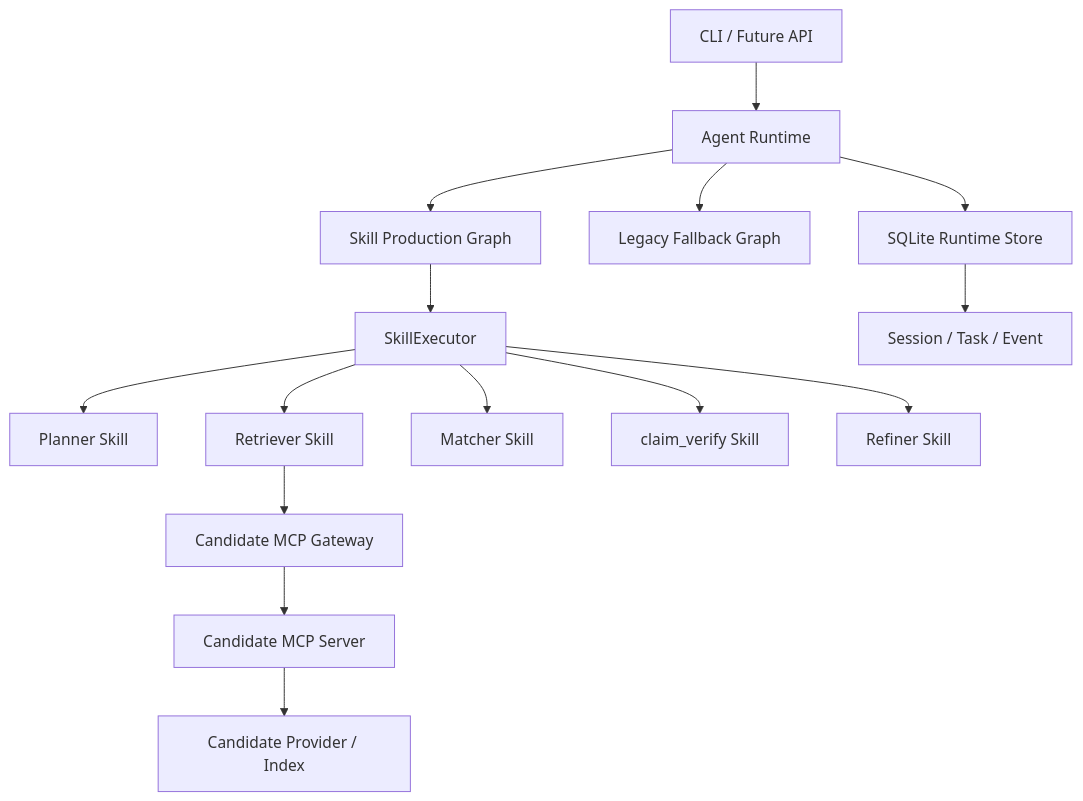
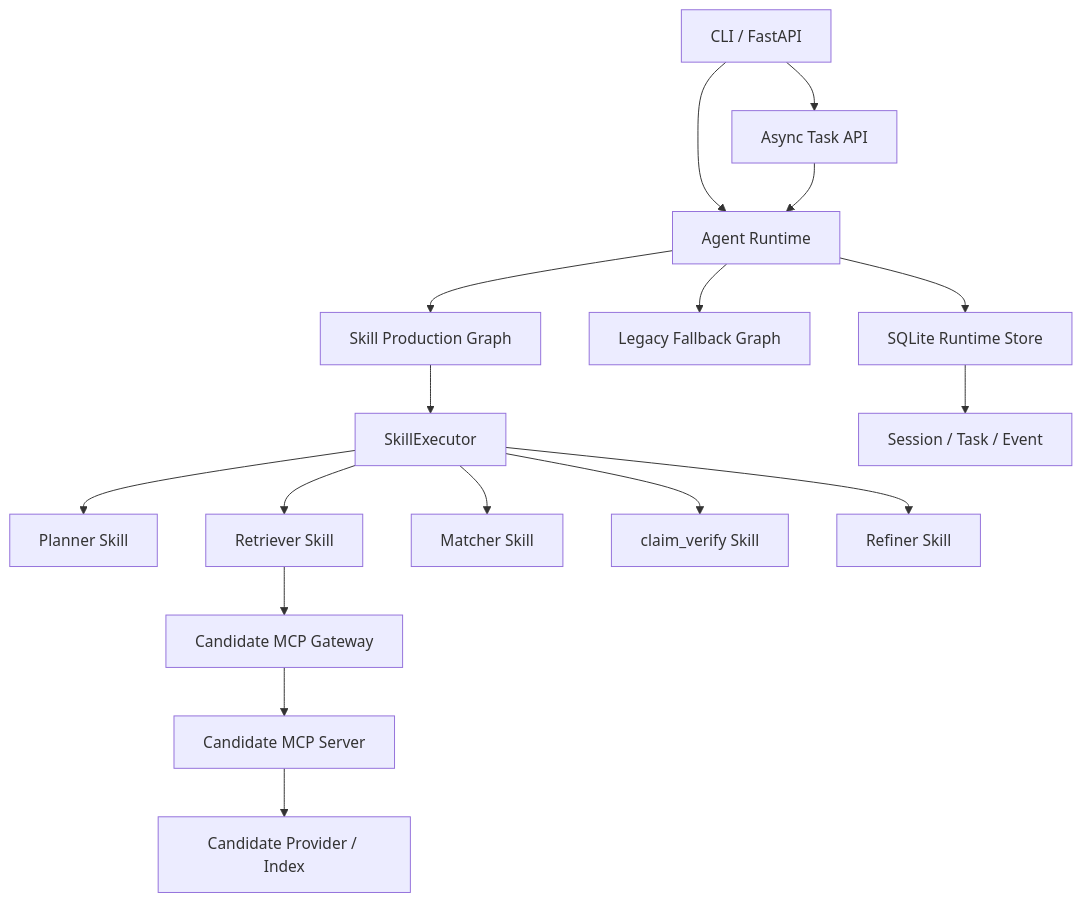
Before and after one commit to Sunyike11/recruit-agent-runtime: the diagram in README.md, drawn with Mermaid. The commit also changed other lines of this file and 12 other files, not shown here.

Commit message:
feat: add FastAPI runtime service MVP

````diff
--- a/README.md
+++ b/README.md
@@ -35,19 +36,21 @@
 ```mermaid
 flowchart TD
-    A[CLI / Future API] --> B[Agent Runtime]
+    A[CLI / FastAPI] --> B[Agent Runtime]
     B --> C[Skill Production Graph]
     B --> D[Legacy Fallback Graph]
 
     C --> E[SkillExecutor]
     E --> F[Planner Skill]
     E --> G[Retriever Skill]
     E --> H[Matcher Skill]
     E --> I[claim_verify Skill]
     E --> R[Refiner Skill]
 
     G --> M[Candidate MCP Gateway]
     M --> N[Candidate MCP Server]
     N --> J[Candidate Provider / Index]
+    A --> Q[Async Task API]
+    Q --> B
     B --> K[SQLite Runtime Store]
     K --> L[Session / Task / Event]
 ```
````
